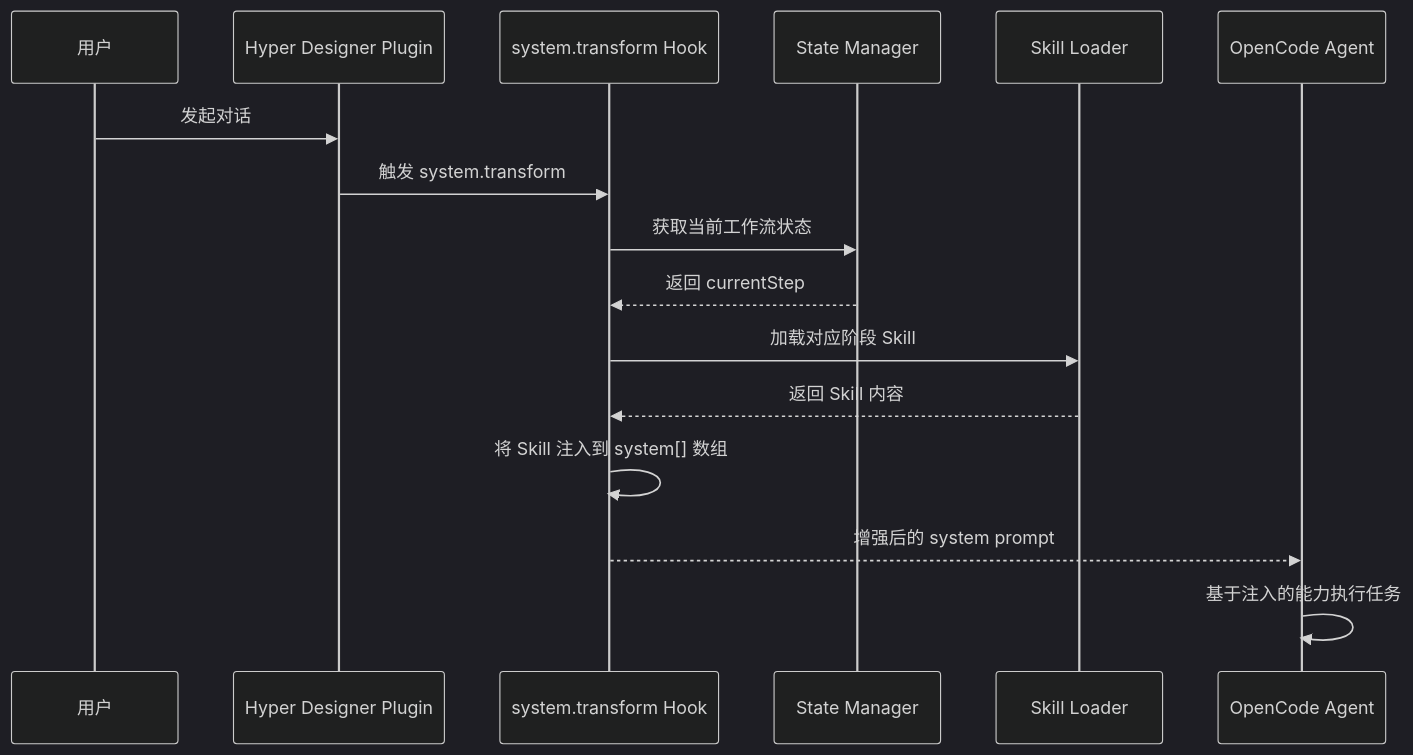
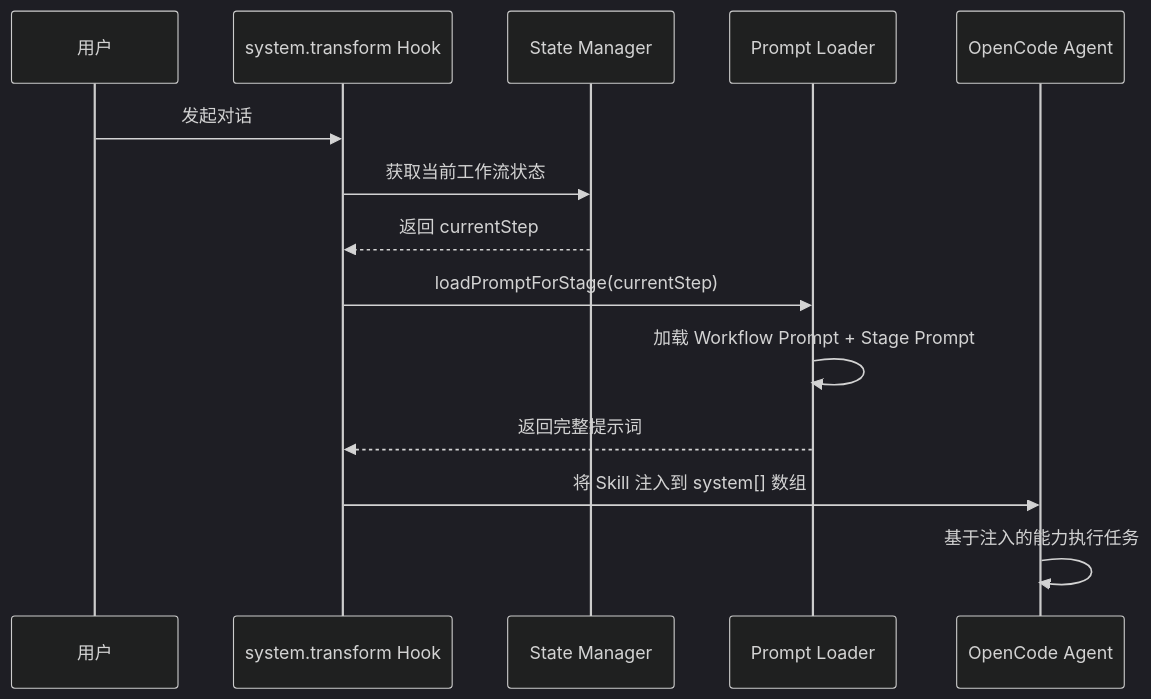
The second of 4 diagrams in TECHNICAL_WIKI.md (aiimoyu/hyper-designer), drawn with Mermaid (dark theme) before and after one commit. The commit also changed other lines of this file and 1277 other files, not shown here.

````diff
--- a/TECHNICAL_WIKI.md
+++ b/TECHNICAL_WIKI.md
@@ -203,19 +234,17 @@
 ```mermaid
 sequenceDiagram
     participant User as 用户
-    participant Plugin as Hyper Designer Plugin
     participant Hook as system.transform Hook
     participant State as State Manager
-    participant SkillLoader as Skill Loader
+    participant Prompts as Prompt Loader
     participant Agent as OpenCode Agent
 
-    User->>Plugin: 发起对话
-    Plugin->>Hook: 触发 system.transform
+    User->>Hook: 发起对话
     Hook->>State: 获取当前工作流状态
     State-->>Hook: 返回 currentStep
-    Hook->>SkillLoader: 加载对应阶段 Skill
-    SkillLoader-->>Hook: 返回 Skill 内容
-    Hook->>Hook: 将 Skill 注入到 system[] 数组
-    Hook-->>Agent: 增强后的 system prompt
+    Hook->>Prompts: loadPromptForStage(currentStep)
+    Prompts->>Prompts: 加载 Workflow Prompt + Stage Prompt
+    Prompts-->>Hook: 返回完整提示词
+    Hook->>Agent: 将 Skill 注入到 system[] 数组
     Agent->>Agent: 基于注入的能力执行任务
 ```
````
